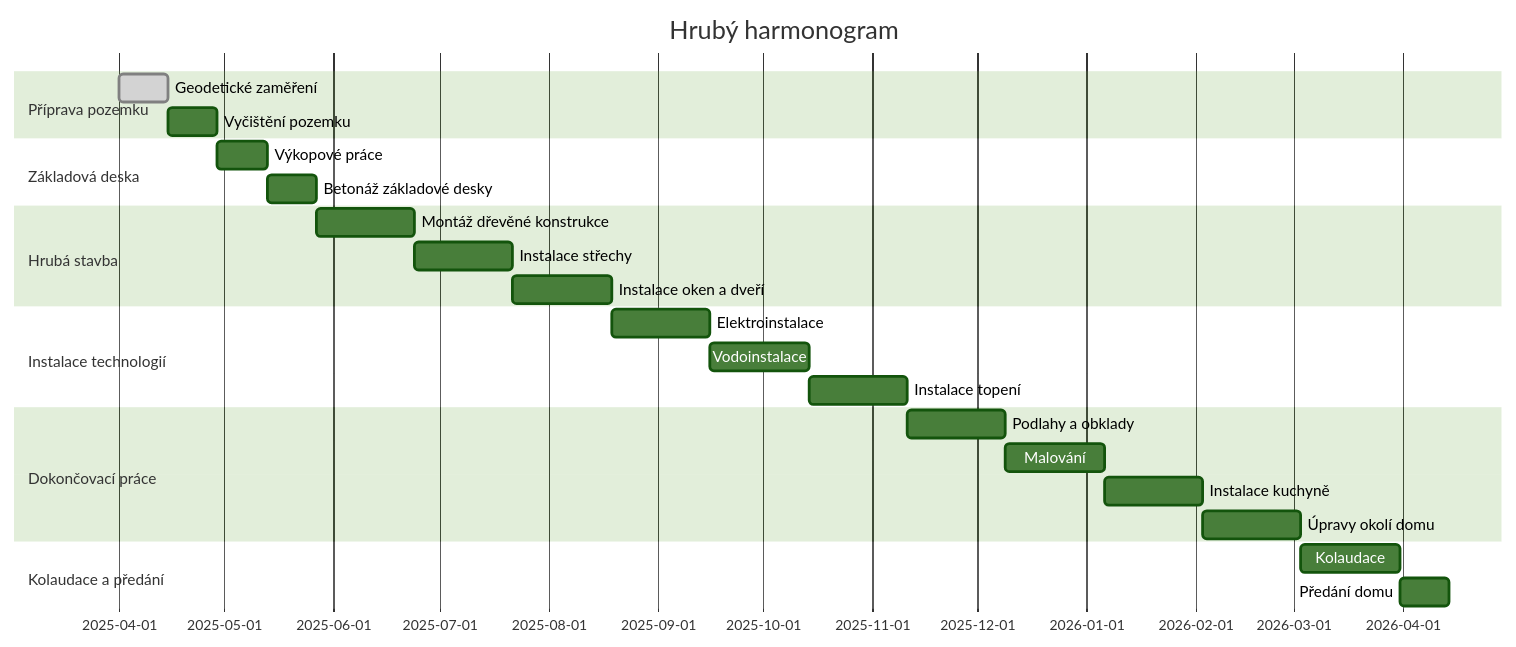
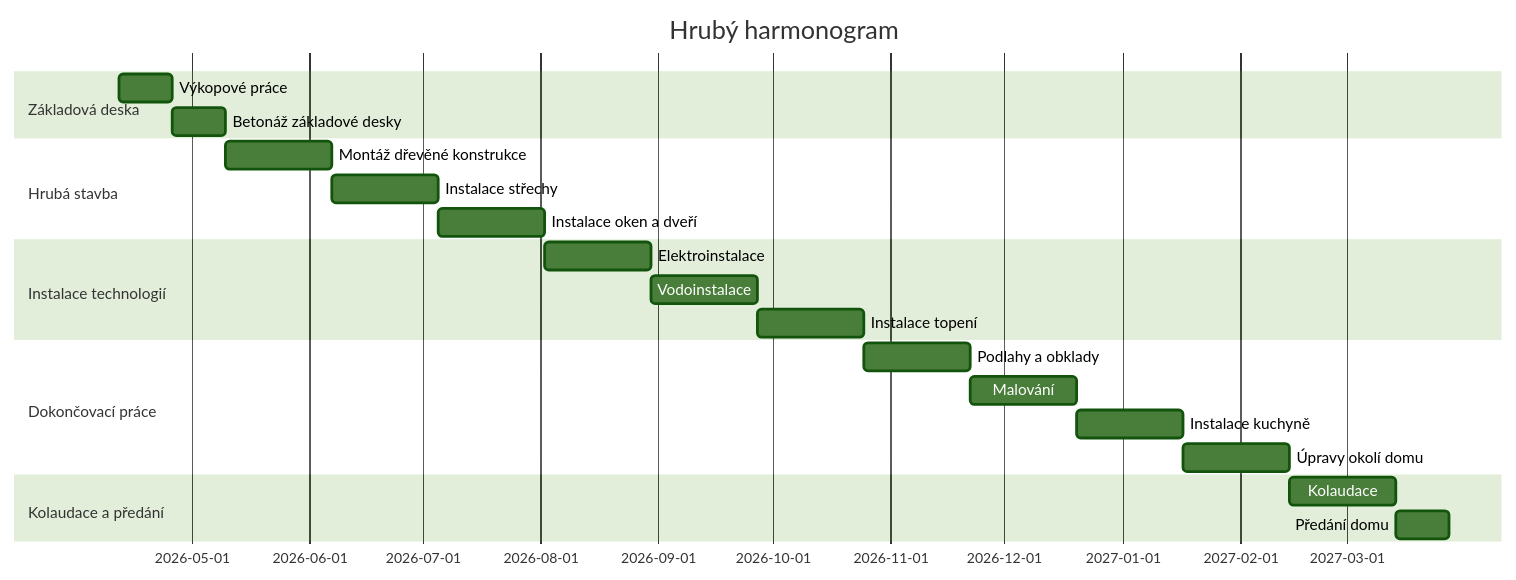
Before and after one commit to mtrakal/smrci: the first of 2 diagrams in Harmonogram.md, drawn with Mermaid. The commit also changed other lines of this file, not shown here.

````diff
--- a/Harmonogram.md
+++ b/Harmonogram.md
@@ -3,29 +3,26 @@
 ```mermaid
 %%{init: {'theme':'forest'}}%%
 gantt
     title Hrubý harmonogram
     dateFormat YYYY-MM-DD
-    section Příprava pozemku
-        Geodetické zaměření: done, des1, 2025-04-01, 14d
-        Vyčištění pozemku: des2, after des1, 14d
     section Základová deska
-        Výkopové práce: des3, after des2, 14d
+        Výkopové práce: des3, 2026-04-12, 14d
         Betonáž základové desky: des4, after des3, 14d
     section Hrubá stavba
         Montáž dřevěné konstrukce: des5, after des4, 28d
         Instalace střechy: des6, after des5, 28d
         Instalace oken a dveří: des7, after des6, 28d
     section Instalace technologií
         Elektroinstalace: des8, after des7, 28d
         Vodoinstalace: des9, after des8, 28d
         Instalace topení: des10, after des9, 28d
     section Dokončovací práce
         Podlahy a obklady: des11, after des10, 28d
         Malování: des12, after des11, 28d
         Instalace kuchyně: des13, after des12, 28d
         Úpravy okolí domu: des14, after des13, 28d
     section Kolaudace a předání
         Kolaudace: des15, after des14, 28d
         Předání domu: des16, after des15, 14d
 
 ```
````
